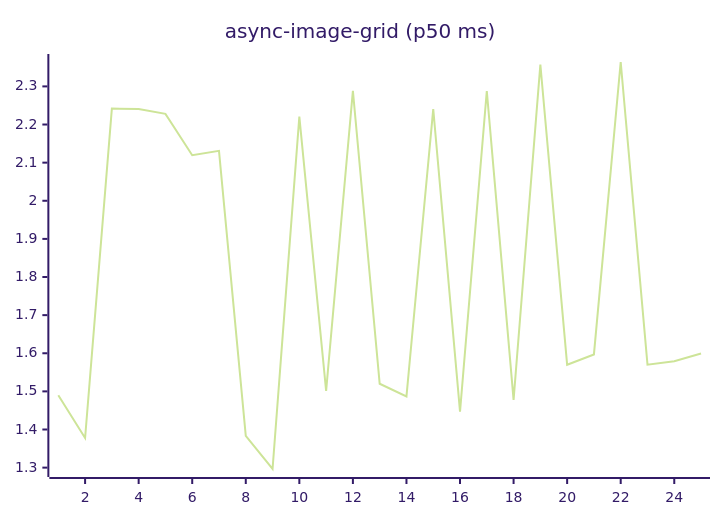
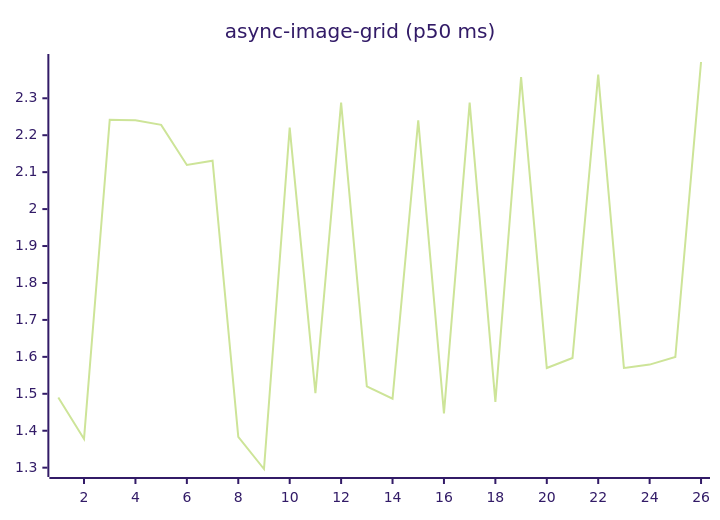
One commit to josha/Facet changed the fifth of 27 diagrams in README.md. Above: the diagram before and after it, drawn with Mermaid (forest theme). The commit also changed other lines of this file and 2 other files, not shown here.

````diff
--- a/README.md
+++ b/README.md
@@ -91,6 +91,6 @@
 ```mermaid
 xychart-beta
     title "async-image-grid (p50 ms)"
-    x-axis 1 --> 25
-    line [1.4898, 1.3778, 2.2419, 2.2404, 2.2280, 2.1194, 2.1310, 1.3834, 1.2964, 2.2208, 1.5015, 2.2886, 1.5200, 1.4868, 2.2404, 1.4470, 2.2880, 1.4779, 2.3575, 1.5699, 1.5969, 2.3640, 1.5700, 1.5790, 1.5994]
+    x-axis 1 --> 26
+    line [1.4898, 1.3778, 2.2419, 2.2404, 2.2280, 2.1194, 2.1310, 1.3834, 1.2964, 2.2208, 1.5015, 2.2886, 1.5200, 1.4868, 2.2404, 1.4470, 2.2880, 1.4779, 2.3575, 1.5699, 1.5969, 2.3640, 1.5700, 1.5790, 1.5994, 2.3982]
 ```
````
